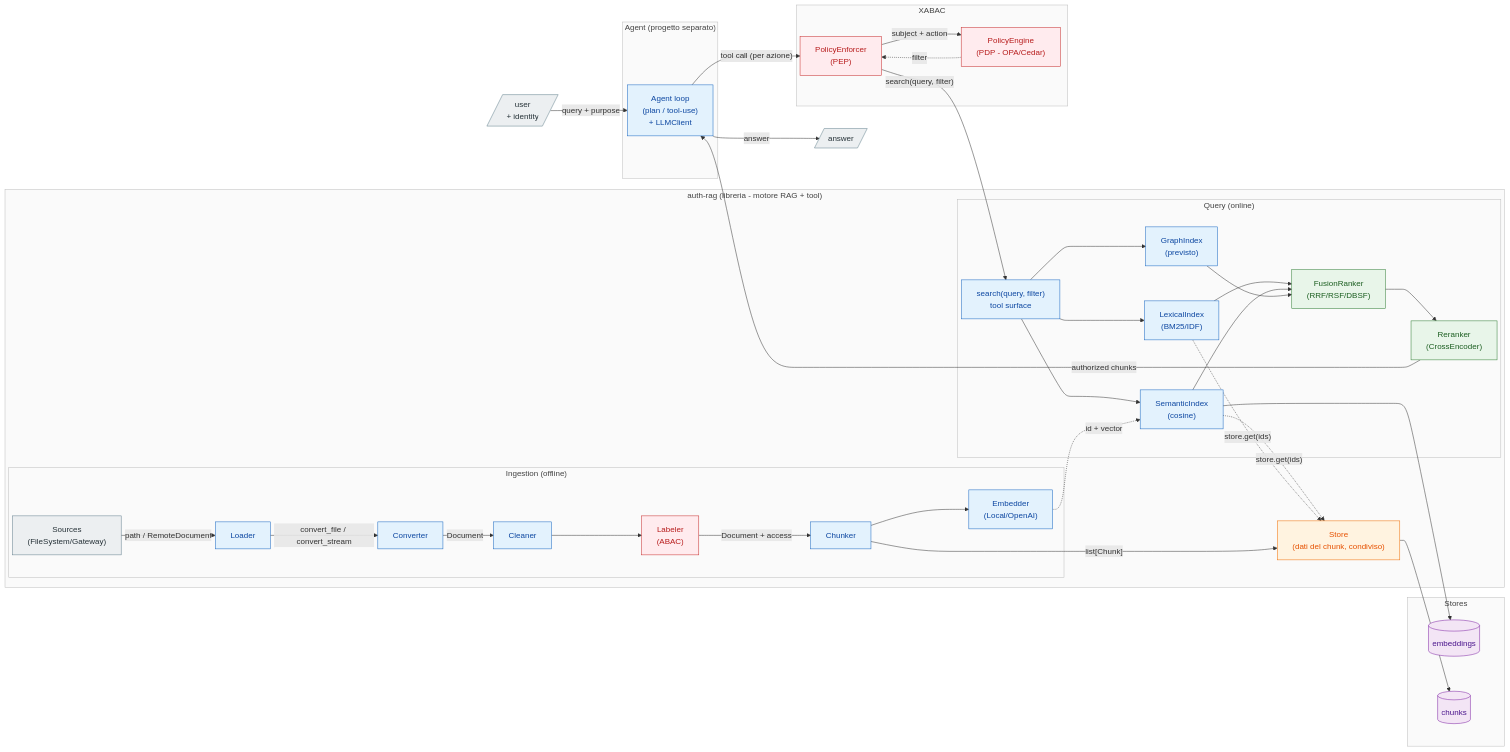
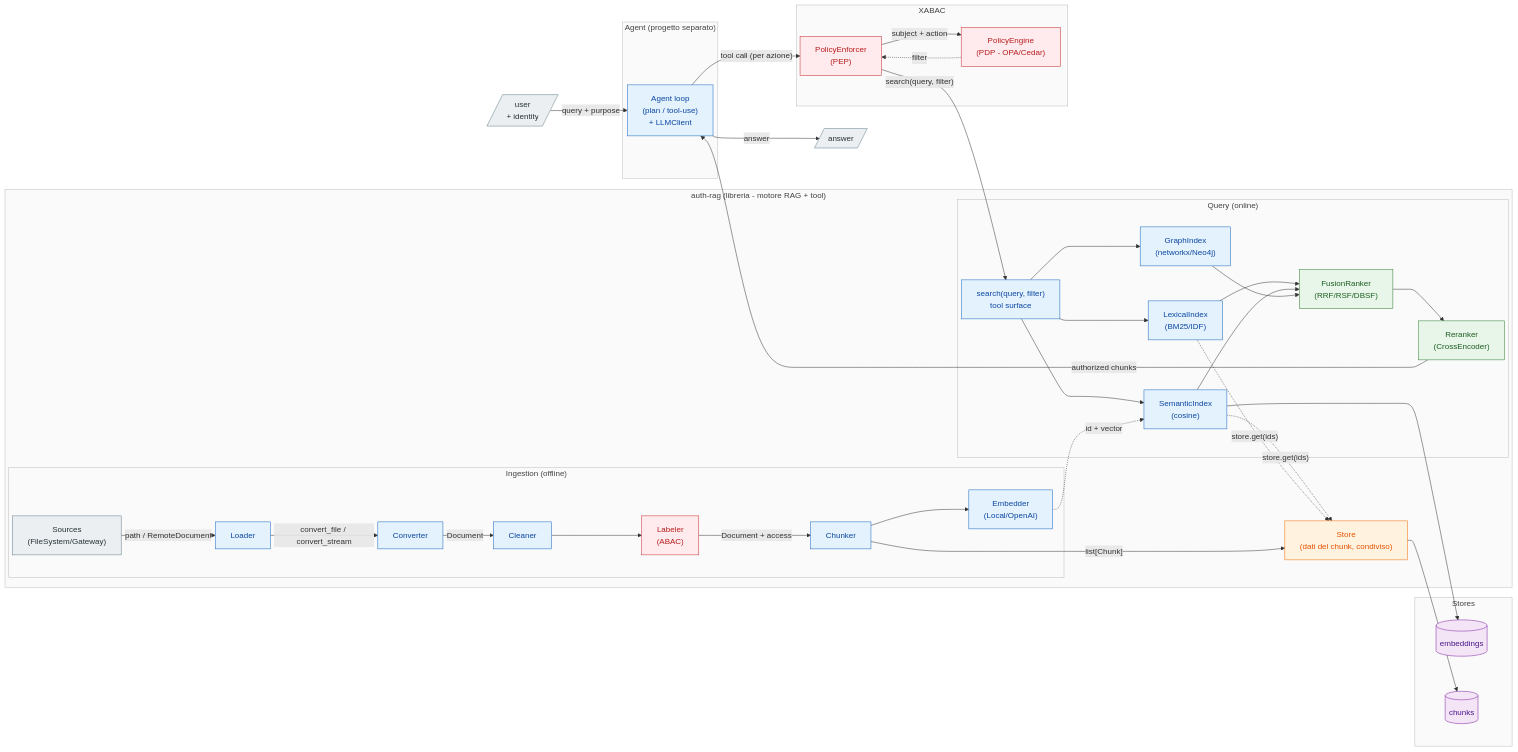
The first of 2 diagrams in docs/roadmap/sources-abac.md (DavideFricano/auth-rag), drawn with Mermaid before and after one commit. The commit also changed other lines of this file and 3 other files, not shown here.

First line of the commit message:
docs(graph): from planned to built, and what is still owed

```diff
--- a/docs/roadmap/sources-abac.md
+++ b/docs/roadmap/sources-abac.md
@@ -96,7 +96,7 @@
         SEARCH["search(query, filter)<br>tool surface"]:::step
         BM["LexicalIndex<br>(BM25/IDF)"]:::step
         VR["SemanticIndex<br>(cosine)"]:::step
-        GR["GraphIndex<br>(previsto)"]:::step
+        GR["GraphIndex<br>(networkx/Neo4j)"]:::step
         F["FusionRanker<br>(RRF/RSF/DBSF)"]:::rank
         RR["Reranker<br>(CrossEncoder)"]:::rank
         SEARCH --> BM
```
